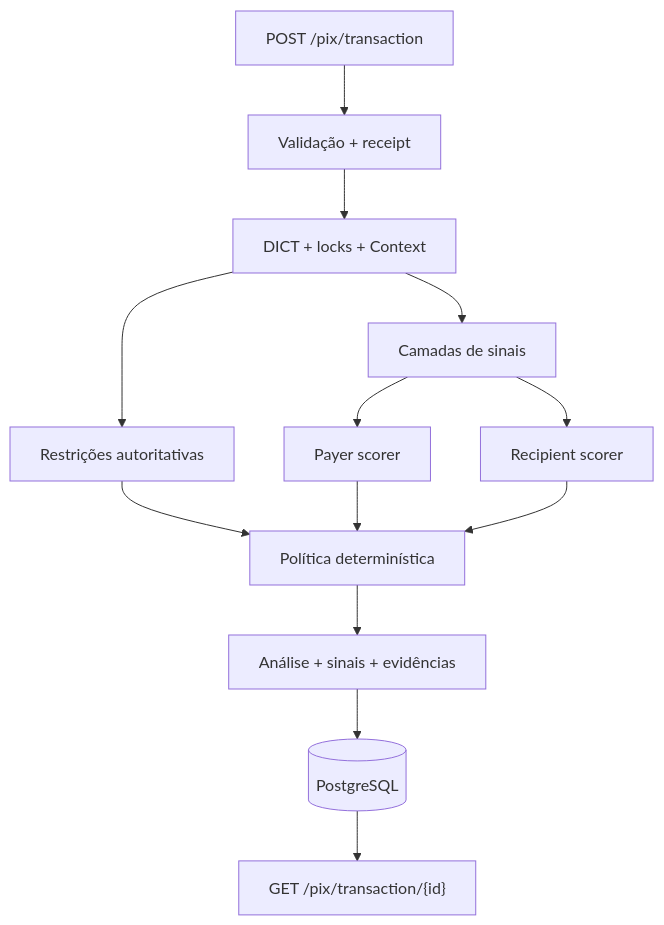
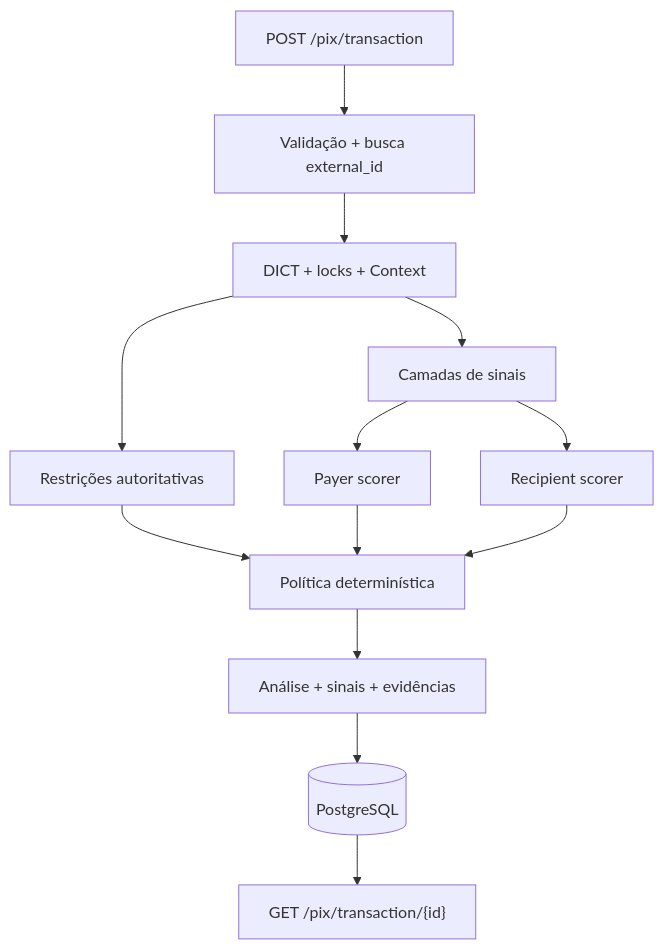
Before and after one commit to Rafael-Lombardi/Hackathon-QITech: the diagram in README.md, drawn with Mermaid. The commit also changed other lines of this file and 30 other files, not shown here.

````diff
--- a/README.md
+++ b/README.md
@@ -11,15 +11,15 @@
 ```mermaid
 flowchart TD
-    A[POST /pix/transaction] --> B[Validação + receipt]
+    A[POST /pix/transaction] --> B[Validação + busca external_id]
     B --> C[DICT + locks + Context]
     C --> D[Restrições autoritativas]
     C --> E[Camadas de sinais]
     E --> F[Payer scorer]
     E --> G[Recipient scorer]
     D --> H[Política determinística]
     F --> H
     G --> H
     H --> I[Análise + sinais + evidências]
     I --> J[(PostgreSQL)]
     J --> K["GET /pix/transaction/{id}"]
 ```
````
